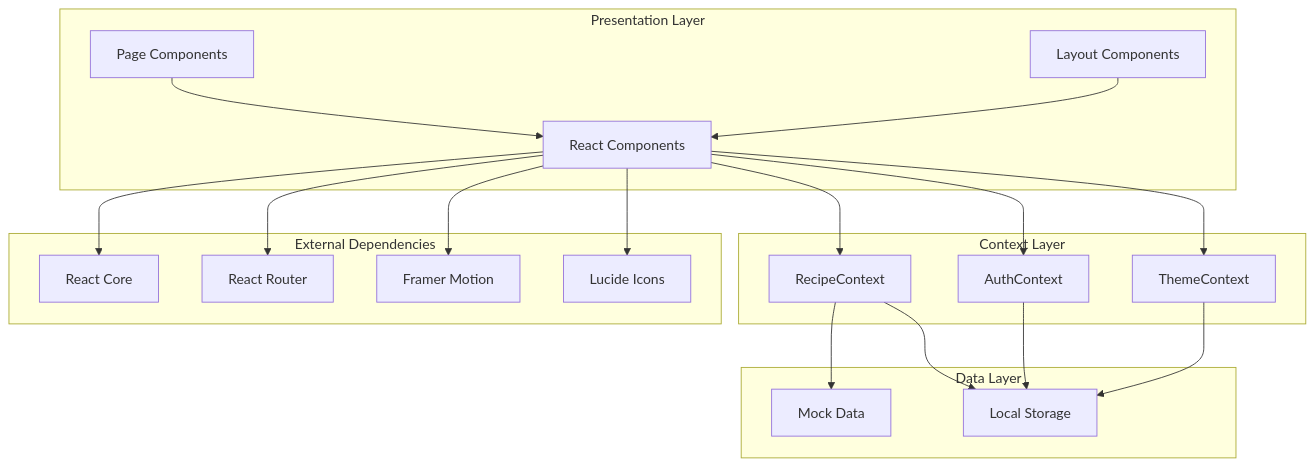
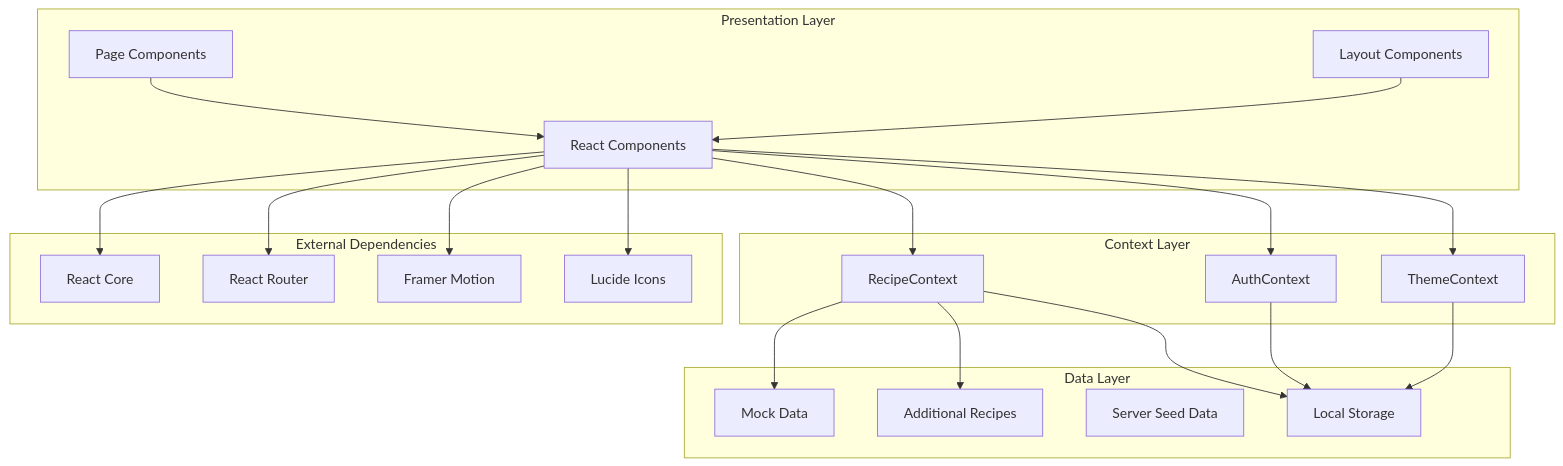
The first of 8 diagrams in .qoder/repowiki/en/content/Core Features/Mock Data System.md (aayeshasiddiqah2611-pixel/flavora_ai_server), drawn with Mermaid before and after one commit. The commit also changed other lines of this file and 2 other files, not shown here.

Commit message:
Add 32 recipes to backend seed data for production database

````diff
--- a/.qoder/repowiki/en/content/Core Features/Mock Data System.md
+++ b/.qoder/repowiki/en/content/Core Features/Mock Data System.md
@@ -55,36 +58,39 @@
 ```mermaid
 graph TB
 subgraph "Presentation Layer"
 UI[React Components]
 Pages[Page Components]
 Layouts[Layout Components]
 end
 subgraph "Context Layer"
 RecipeCtx[RecipeContext]
 AuthCtx[AuthContext]
 ThemeCtx[ThemeContext]
 end
 subgraph "Data Layer"
 MockData[Mock Data]
+AdditionalRecipes[Additional Recipes]
+SeedData[Server Seed Data]
 LocalStorage[Local Storage]
 end
 subgraph "External Dependencies"
 React[React Core]
 Router[React Router]
 Motion[Framer Motion]
 Icons[Lucide Icons]
 end
 UI --> RecipeCtx
 UI --> AuthCtx
 UI --> ThemeCtx
 Pages --> UI
 Layouts --> UI
 RecipeCtx --> MockData
+RecipeCtx --> AdditionalRecipes
 RecipeCtx --> LocalStorage
 AuthCtx --> LocalStorage
 ThemeCtx --> LocalStorage
 UI --> React
 UI --> Router
 UI --> Motion
 UI --> Icons
 ```
````
